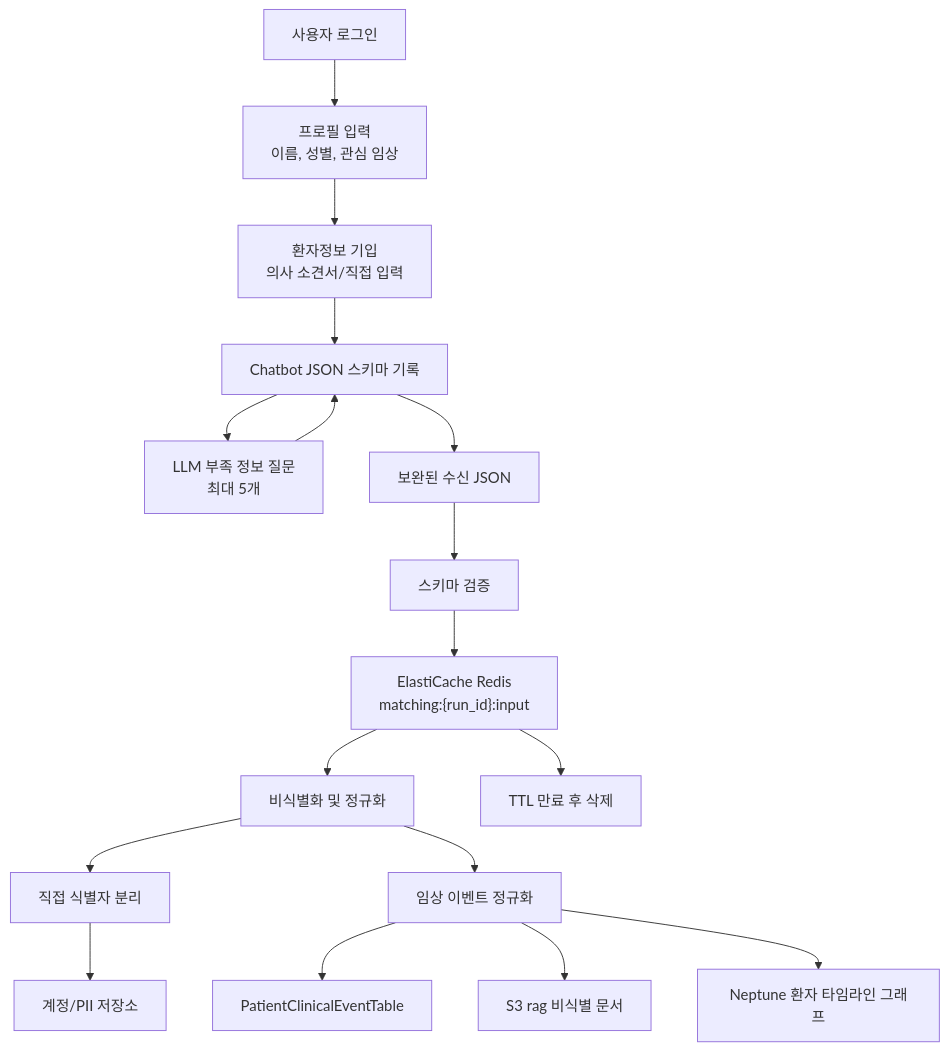
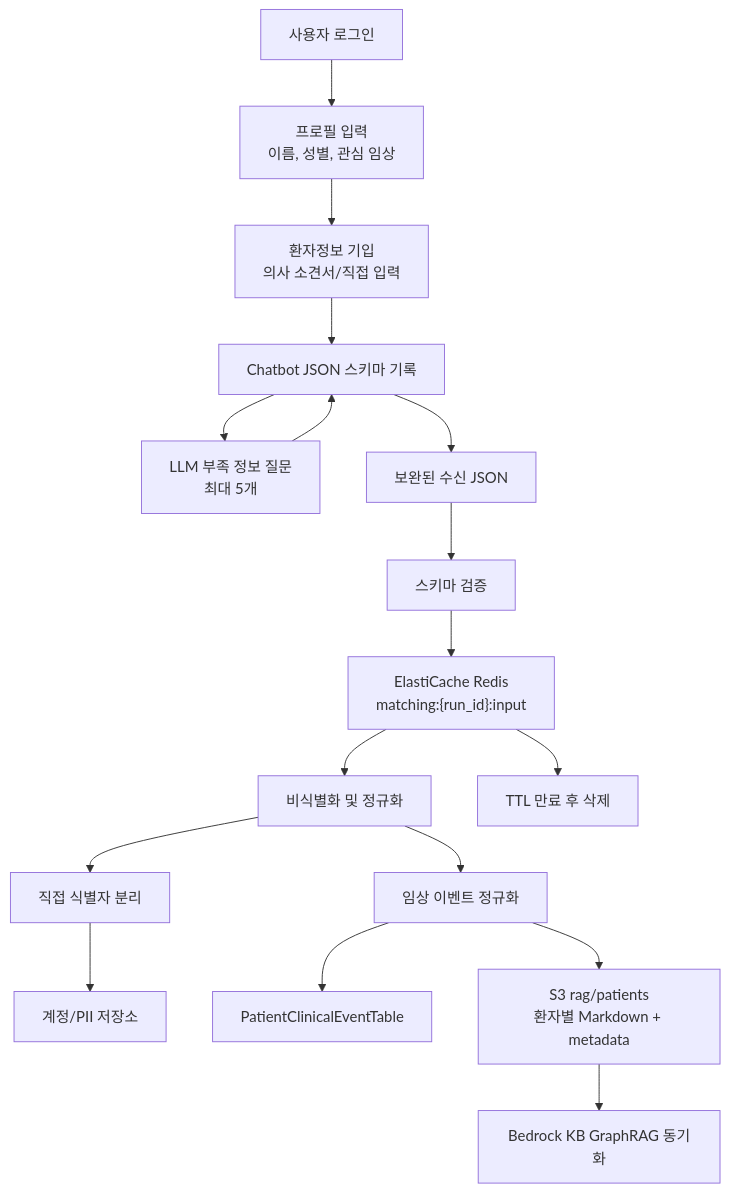
One commit to 1jaekim/AWS_Healthcare changed the third of 5 diagrams in doc/ARCHITECTURE_V2.md. Above: the diagram before and after it, drawn with Mermaid. The commit also changed other lines of this file and 48 other files, not shown here.

First line of the commit message:
feat(api): GraphRAG 검색과 기준별 LLM 판단 계층 추가

````diff
--- a/doc/ARCHITECTURE_V2.md
+++ b/doc/ARCHITECTURE_V2.md
@@ -186,19 +186,19 @@
 ```mermaid
 flowchart TD
     A["사용자 로그인"] --> B["프로필 입력<br/>이름, 성별, 관심 임상"]
     B --> C["환자정보 기입<br/>의사 소견서/직접 입력"]
     C --> BOT["Chatbot JSON 스키마 기록"]
     BOT --> Q["LLM 부족 정보 질문<br/>최대 5개"]
     Q --> BOT
     BOT --> D["보완된 수신 JSON"]
     D --> E["스키마 검증"]
     E --> F["ElastiCache Redis<br/>matching:{run_id}:input"]
     F --> G["비식별화 및 정규화"]
     G --> H["직접 식별자 분리"]
     G --> I["임상 이벤트 정규화"]
     H --> J["계정/PII 저장소"]
     I --> K["PatientClinicalEventTable"]
-    I --> L["S3 rag 비식별 문서"]
-    I --> M["Neptune 환자 타임라인 그래프"]
+    I --> L["S3 rag/patients<br/>환자별 Markdown + metadata"]
+    L --> M["Bedrock KB GraphRAG 동기화"]
     F --> N["TTL 만료 후 삭제"]
 ```
````
